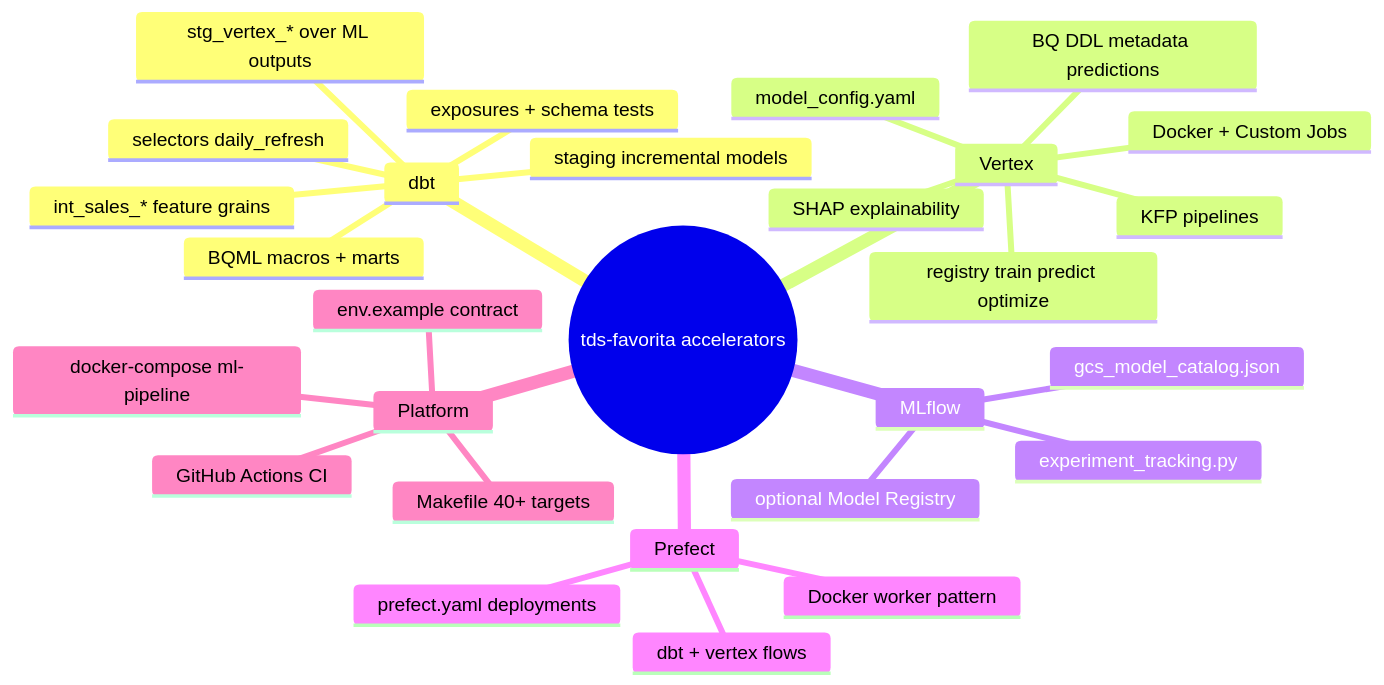
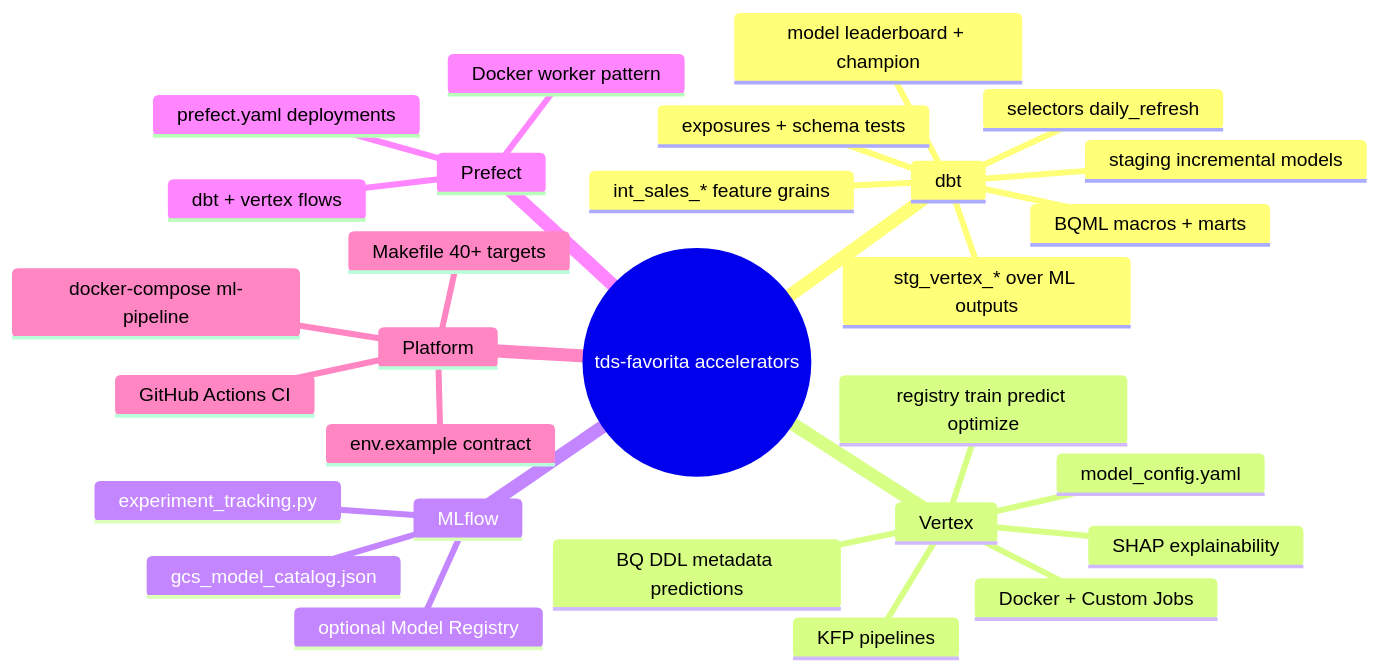
One commit to the-datastrategist/tds-dbt-favorita changed the diagram in docs/accelerators.md. Above: the diagram before and after it, drawn with Mermaid. The commit also changed other lines of this file and 13 other files, not shown here.

First line of the commit message:
feat: implement model leaderboard mart spec

````diff
--- a/docs/accelerators.md
+++ b/docs/accelerators.md
@@ -11,31 +11,32 @@
 ```mermaid
 mindmap
   root((tds-favorita accelerators))
     dbt
       staging incremental models
       int_sales_* feature grains
       BQML macros + marts
       stg_vertex_* over ML outputs
+      model leaderboard + champion
       exposures + schema tests
       selectors daily_refresh
     Vertex
       model_config.yaml
       registry train predict optimize
       SHAP explainability
       KFP pipelines
       BQ DDL metadata predictions
       Docker + Custom Jobs
     MLflow
       experiment_tracking.py
       gcs_model_catalog.json
       optional Model Registry
     Prefect
       prefect.yaml deployments
       dbt + vertex flows
       Docker worker pattern
     Platform
       Makefile 40+ targets
       docker-compose ml-pipeline
       GitHub Actions CI
       env.example contract
 ```
````
